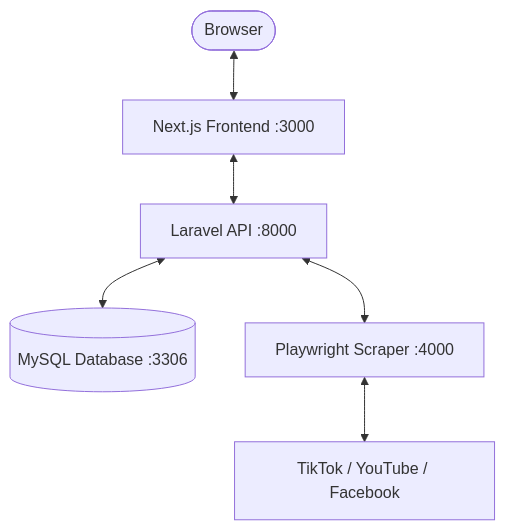
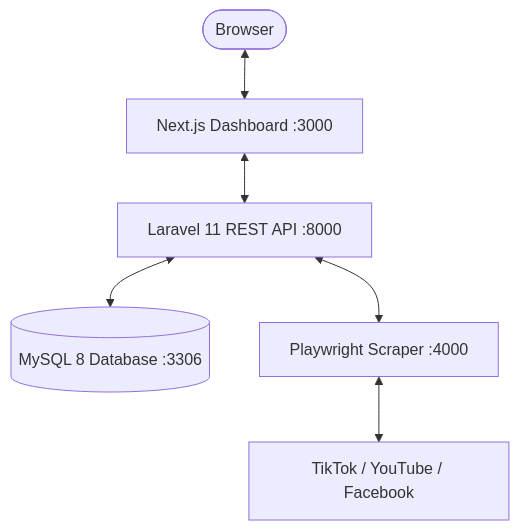
Before and after one commit to dibiaskyy/trackeD---diverse-social-media-analytics: the diagram in README.md, drawn with Mermaid. The commit also changed other lines of this file and 23 other files, not shown here.

````diff
--- a/README.md
+++ b/README.md
@@ -53,8 +32,8 @@
 ```mermaid
 graph TD
-    User([Browser]) <--> NextJS[Next.js Frontend :3000]
-    NextJS <--> LaravelAPI[Laravel API :8000]
-    LaravelAPI <--> MySQL[(MySQL Database :3306)]
-    LaravelAPI <--> Scraper[Playwright Scraper :4000]
-    Scraper <--> PublicWeb[TikTok / YouTube / Facebook]
+    User([Browser]) <--> Frontend[Next.js Dashboard :3000]
+    Frontend <--> Backend[Laravel 11 REST API :8000]
+    Backend <--> Database[(MySQL 8 Database :3306)]
+    Backend <--> Scraper[Playwright Scraper :4000]
+    Scraper <--> Web[TikTok / YouTube / Facebook]
 ```
````
